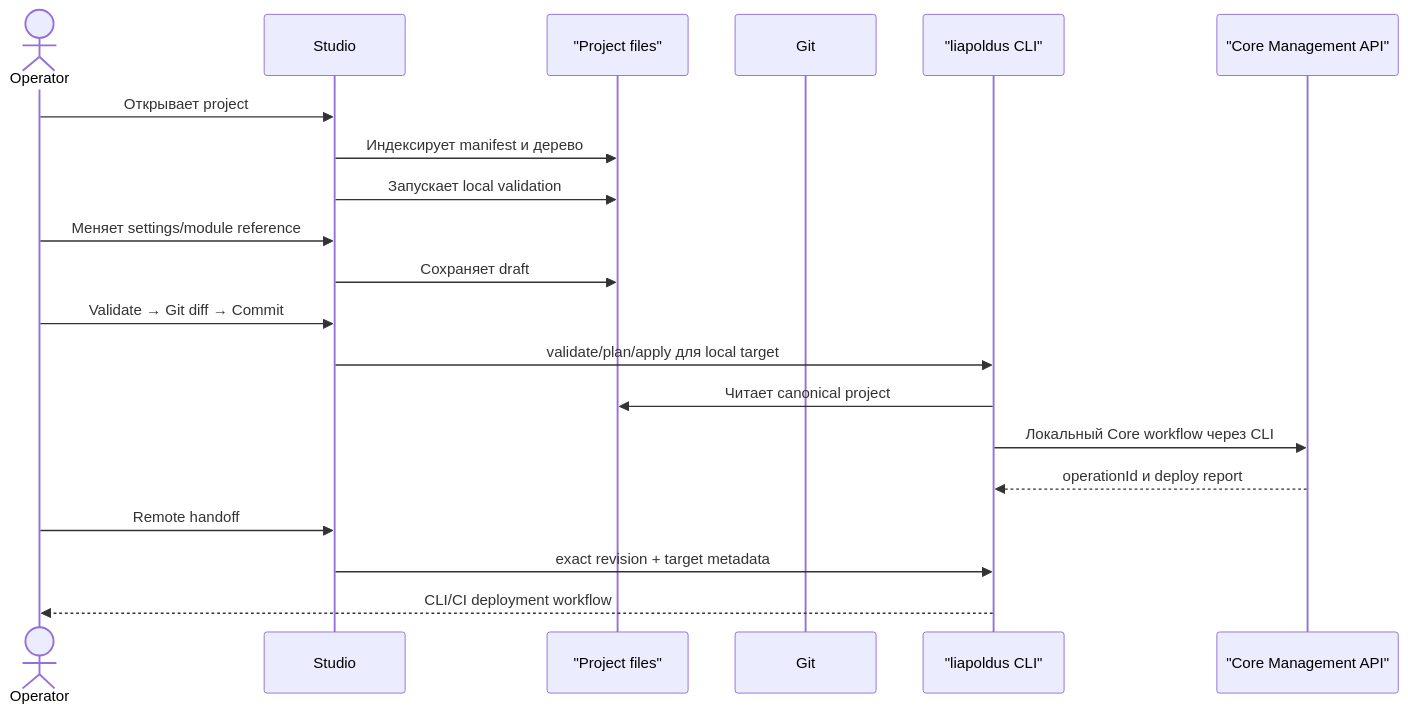
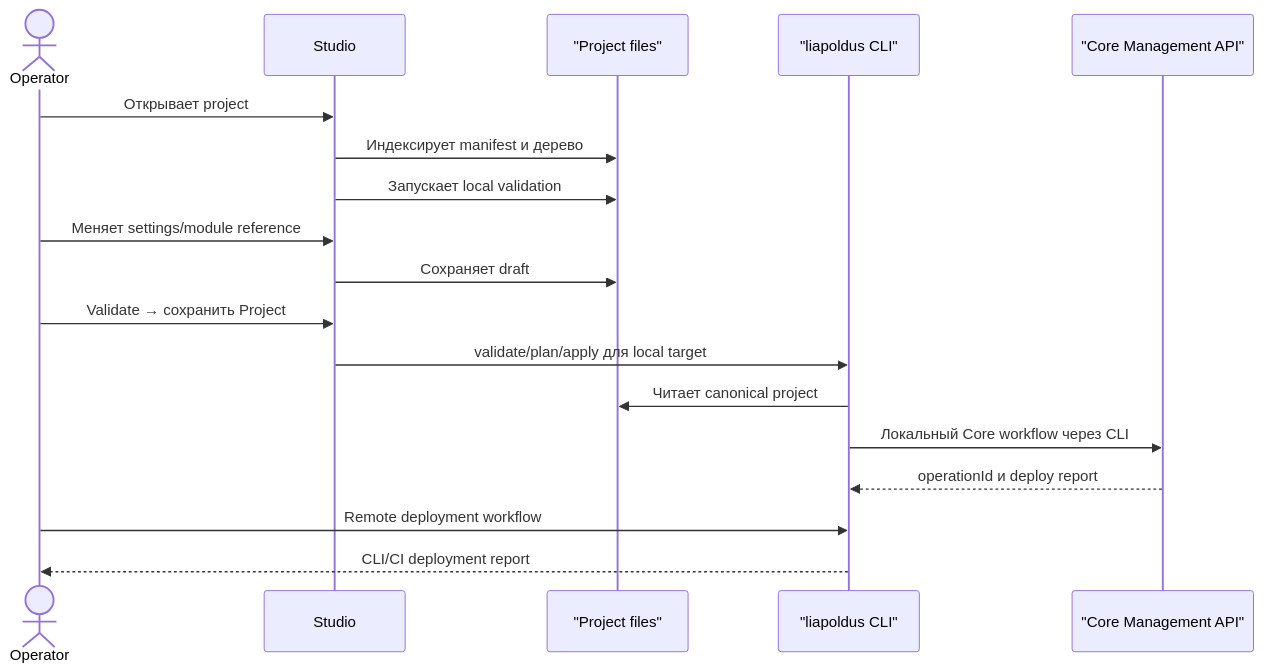
One commit to Liapoldus/studio changed the diagram in docs/project-and-files.md. Above: the diagram before and after it, drawn with Mermaid. The commit also changed other lines of this file and 79 other files, not shown here.

````diff
--- a/docs/project-and-files.md
+++ b/docs/project-and-files.md
@@ -132,23 +131,21 @@
 ```mermaid
 sequenceDiagram
     actor Operator
     participant Studio
     participant Files as "Project files"
-    participant Git
     participant CLI as "liapoldus CLI"
     participant CoreAPI as "Core Management API"
 
     Operator->>Studio: Открывает project
     Studio->>Files: Индексирует manifest и дерево
     Studio->>Files: Запускает local validation
     Operator->>Studio: Меняет settings/module reference
     Studio->>Files: Сохраняет draft
-    Operator->>Studio: Validate → Git diff → Commit
+    Operator->>Studio: Validate → сохранить Project
     Studio->>CLI: validate/plan/apply для local target
     CLI->>Files: Читает canonical project
     CLI->>CoreAPI: Локальный Core workflow через CLI
     CoreAPI-->>CLI: operationId и deploy report
-    Operator->>Studio: Remote handoff
-    Studio->>CLI: exact revision + target metadata
-    CLI-->>Operator: CLI/CI deployment workflow
+    Operator->>CLI: Remote deployment workflow
+    CLI-->>Operator: CLI/CI deployment report
 ```
````
